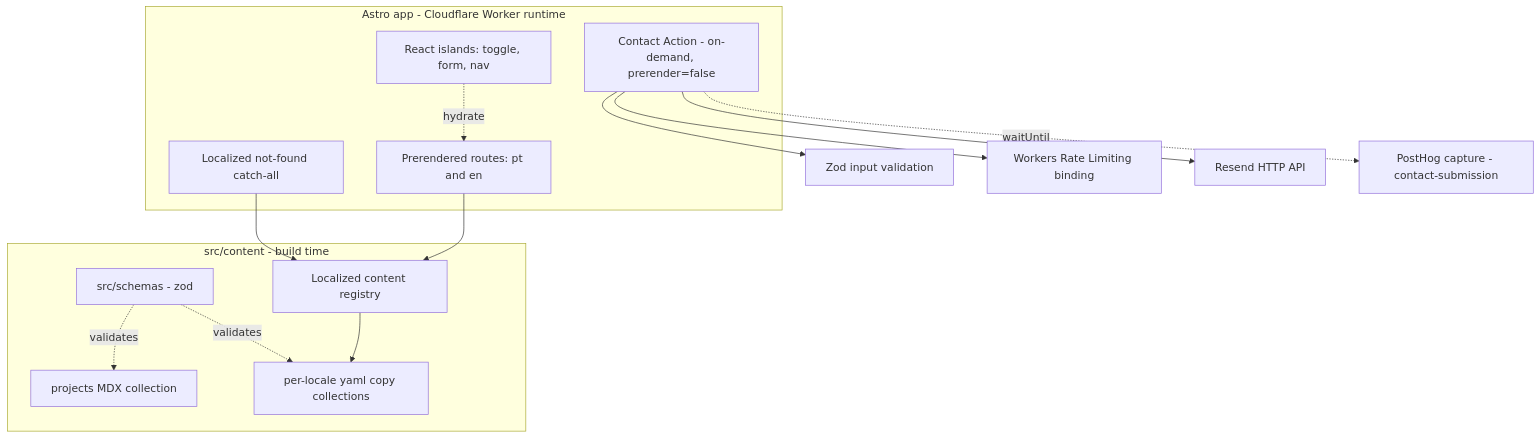
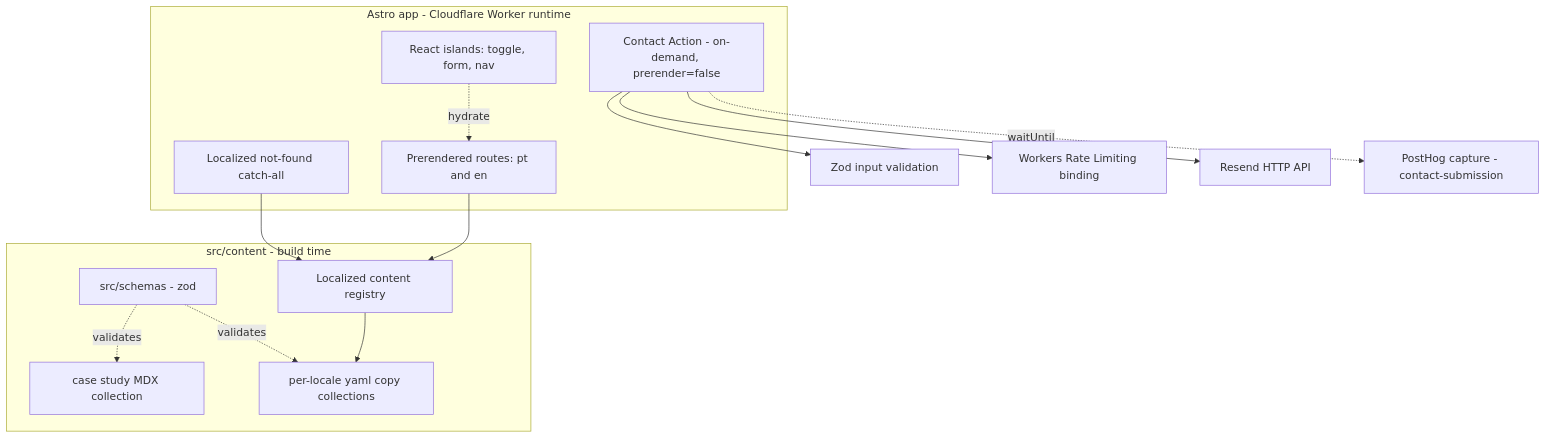
Before and after one commit to adeonir/adeonir.dev: the first of 3 diagrams in docs/tech/design-doc.md, drawn with Mermaid. The commit also changed other lines of this file and 2 other files, not shown here.

Commit message:
docs: give the canonical copy a projects section and a projects nav entry

````diff
--- a/docs/tech/design-doc.md
+++ b/docs/tech/design-doc.md
@@ -78,25 +78,25 @@
 ```mermaid
 flowchart TD
   subgraph App[Astro app - Cloudflare Worker runtime]
     Pages[Prerendered routes: pt and en]
     NotFound[Localized not-found catch-all]
     Action[Contact Action - on-demand, prerender=false]
     Islands[React islands: toggle, form, nav]
   end
   subgraph Content[src/content - build time]
-    MDX[projects MDX collection]
+    MDX[case study MDX collection]
     Copy[per-locale yaml copy collections]
     Registry[Localized content registry]
     Schemas[src/schemas - zod]
   end
   Pages --> Registry
   NotFound --> Registry
   Registry --> Copy
   Schemas -. validates .-> MDX
   Schemas -. validates .-> Copy
   Islands -. hydrate .-> Pages
   Action --> Zod[Zod input validation]
   Action --> RL[Workers Rate Limiting binding]
   Action --> Resend[Resend HTTP API]
   Action -. waitUntil .-> PostHog[PostHog capture - contact-submission]
 ```
````
